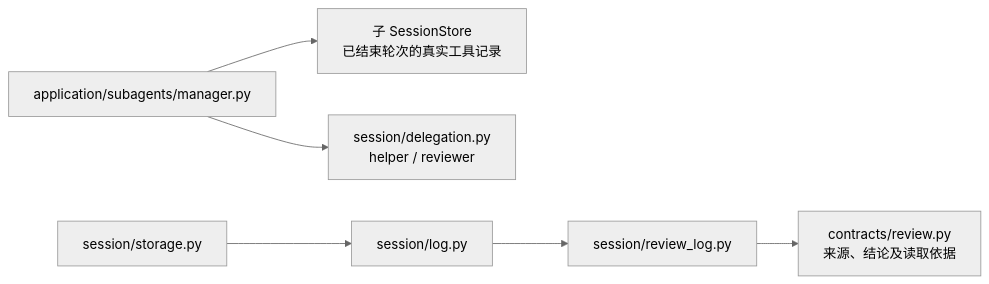
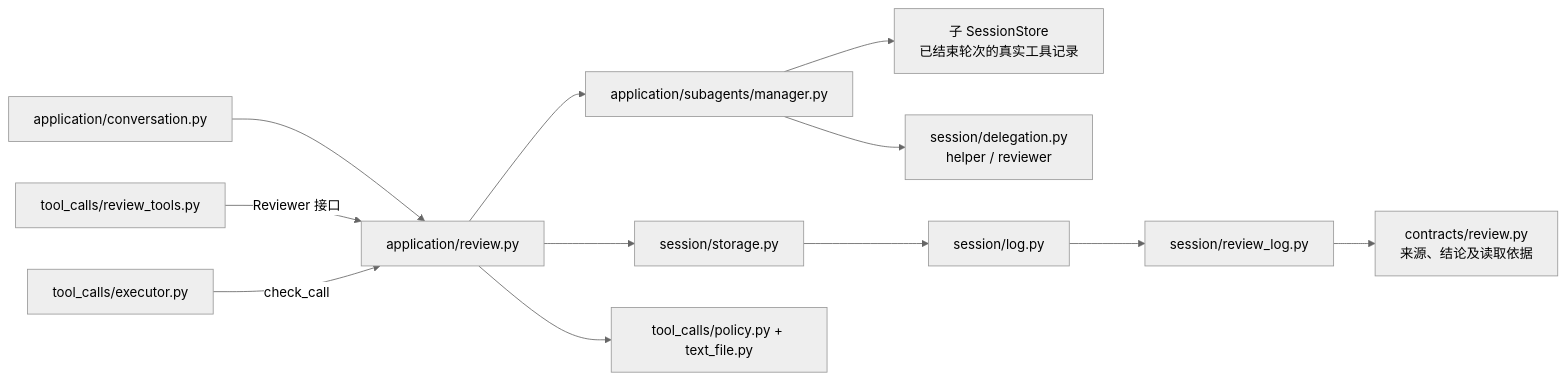
The second of 9 diagrams in docs/architecture.md (Plvltra/AdamAgent), drawn with Mermaid (neutral theme) before and after one commit. The commit also changed other lines of this file and 12 other files, not shown here.

```diff
--- a/docs/architecture.md
+++ b/docs/architecture.md
@@ -42,8 +42,14 @@
 ~~~mermaid
 flowchart LR
+    CONV["application/conversation.py"] --> SERVICE["application/review.py"]
+    TOOL["tool_calls/review_tools.py"] -->|Reviewer 接口| SERVICE
+    EXEC["tool_calls/executor.py"] -->|check_call| SERVICE
+    SERVICE --> MANAGER["application/subagents/manager.py"]
+    SERVICE --> STORE
+    SERVICE --> POLICY["tool_calls/policy.py + text_file.py"]
     MANAGER["application/subagents/manager.py"] --> CHILD["子 SessionStore<br/>已结束轮次的真实工具记录"]
     MANAGER --> INDEX["session/delegation.py<br/>helper / reviewer"]
     STORE["session/storage.py"] --> LOG["session/log.py"]
     LOG --> REVIEW["session/review_log.py"]
     REVIEW --> CONTRACT["contracts/review.py<br/>来源、结论及读取依据"]
 ~~~
```
